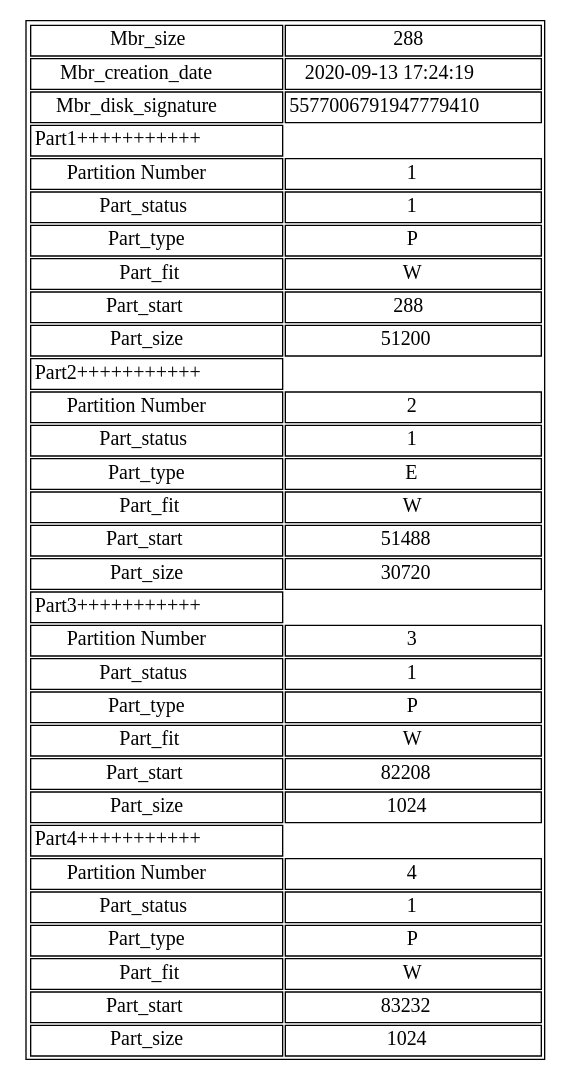
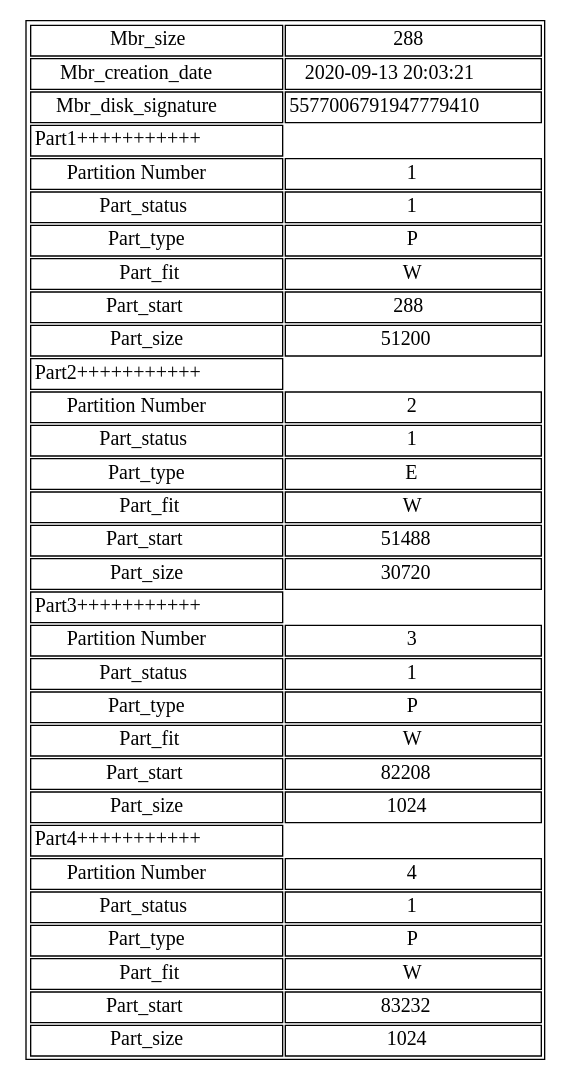
One commit to elJuanjoRamos/-MIA-Proyecto1_201801262 changed the diagram in reports/dots/mbr.jpg.dot. Above: the diagram before and after it, drawn with Graphviz. The commit also changed 17 other files, not shown here.

```diff
--- a/reports/dots/mbr.jpg.dot
+++ b/reports/dots/mbr.jpg.dot
@@ -1,1 +1,1 @@
-digraph test { graph [ratio=fill];node [label="Grafica", fontsize=15, shape=plaintext];graph [bb="0,0,352,154"];arset [label=<<TABLE><TR><TD>Mbr_size</TD><TD>288</TD></TR><TR><TD>Mbr_creation_date</TD><TD>2020-09-13 17:24:19</TD></TR><TR><TD>Mbr_disk_signature</TD><TD>5577006791947779410</TD></TR><TR><TD>Part1+++++++++++</TD></TR><TR><TD>Partition Number</TD><TD>1</TD></TR><TR><TD>Part_status</TD><TD>1</TD></TR><TR><TD>Part_type</TD><TD>P</TD></TR><TR><TD>Part_fit</TD><TD>W</TD></TR><TR><TD>Part_start</TD><TD>288</TD></TR><TR><TD>Part_size</TD><TD>51200</TD></TR><TR><TD>Part2+++++++++++</TD></TR><TR><TD>Partition Number</TD><TD>2</TD></TR><TR><TD>Part_status</TD><TD>1</TD></TR><TR><TD>Part_type</TD><TD>E</TD></TR><TR><TD>Part_fit</TD><TD>W</TD></TR><TR><TD>Part_start</TD><TD>51488</TD></TR><TR><TD>Part_size</TD><TD>30720</TD></TR><TR><TD>Part3+++++++++++</TD></TR><TR><TD>Partition Number</TD><TD>3</TD></TR><TR><TD>Part_status</TD><TD>1</TD></TR><TR><TD>Part_type</TD><TD>P</TD></TR><TR><TD>Part_fit</TD><TD>W</TD></TR><TR><TD>Part_start</TD><TD>82208</TD></TR><TR><TD>Part_size</TD><TD>1024</TD></TR><TR><TD>Part4+++++++++++</TD></TR><TR><TD>Partition Number</TD><TD>4</TD></TR><TR><TD>Part_status</TD><TD>1</TD></TR><TR><TD>Part_type</TD><TD>P</TD></TR><TR><TD>Part_fit</TD><TD>W</TD></TR><TR><TD>Part_start</TD><TD>83232</TD></TR><TR><TD>Part_size</TD><TD>1024</TD></TR></TABLE>>, ];}
+digraph test { graph [ratio=fill];node [label="Grafica", fontsize=15, shape=plaintext];graph [bb="0,0,352,154"];arset [label=<<TABLE><TR><TD>Mbr_size</TD><TD>288</TD></TR><TR><TD>Mbr_creation_date</TD><TD>2020-09-13 20:03:21</TD></TR><TR><TD>Mbr_disk_signature</TD><TD>5577006791947779410</TD></TR><TR><TD>Part1+++++++++++</TD></TR><TR><TD>Partition Number</TD><TD>1</TD></TR><TR><TD>Part_status</TD><TD>1</TD></TR><TR><TD>Part_type</TD><TD>P</TD></TR><TR><TD>Part_fit</TD><TD>W</TD></TR><TR><TD>Part_start</TD><TD>288</TD></TR><TR><TD>Part_size</TD><TD>51200</TD></TR><TR><TD>Part2+++++++++++</TD></TR><TR><TD>Partition Number</TD><TD>2</TD></TR><TR><TD>Part_status</TD><TD>1</TD></TR><TR><TD>Part_type</TD><TD>E</TD></TR><TR><TD>Part_fit</TD><TD>W</TD></TR><TR><TD>Part_start</TD><TD>51488</TD></TR><TR><TD>Part_size</TD><TD>30720</TD></TR><TR><TD>Part3+++++++++++</TD></TR><TR><TD>Partition Number</TD><TD>3</TD></TR><TR><TD>Part_status</TD><TD>1</TD></TR><TR><TD>Part_type</TD><TD>P</TD></TR><TR><TD>Part_fit</TD><TD>W</TD></TR><TR><TD>Part_start</TD><TD>82208</TD></TR><TR><TD>Part_size</TD><TD>1024</TD></TR><TR><TD>Part4+++++++++++</TD></TR><TR><TD>Partition Number</TD><TD>4</TD></TR><TR><TD>Part_status</TD><TD>1</TD></TR><TR><TD>Part_type</TD><TD>P</TD></TR><TR><TD>Part_fit</TD><TD>W</TD></TR><TR><TD>Part_start</TD><TD>83232</TD></TR><TR><TD>Part_size</TD><TD>1024</TD></TR></TABLE>>, ];}
```
